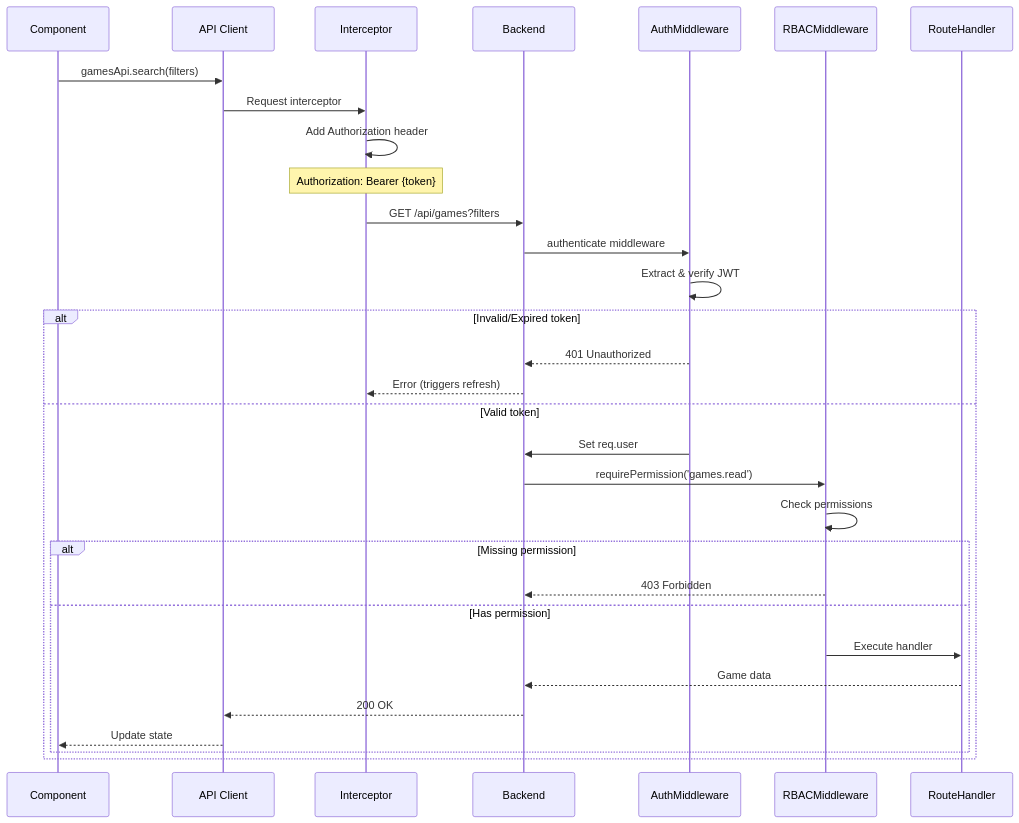
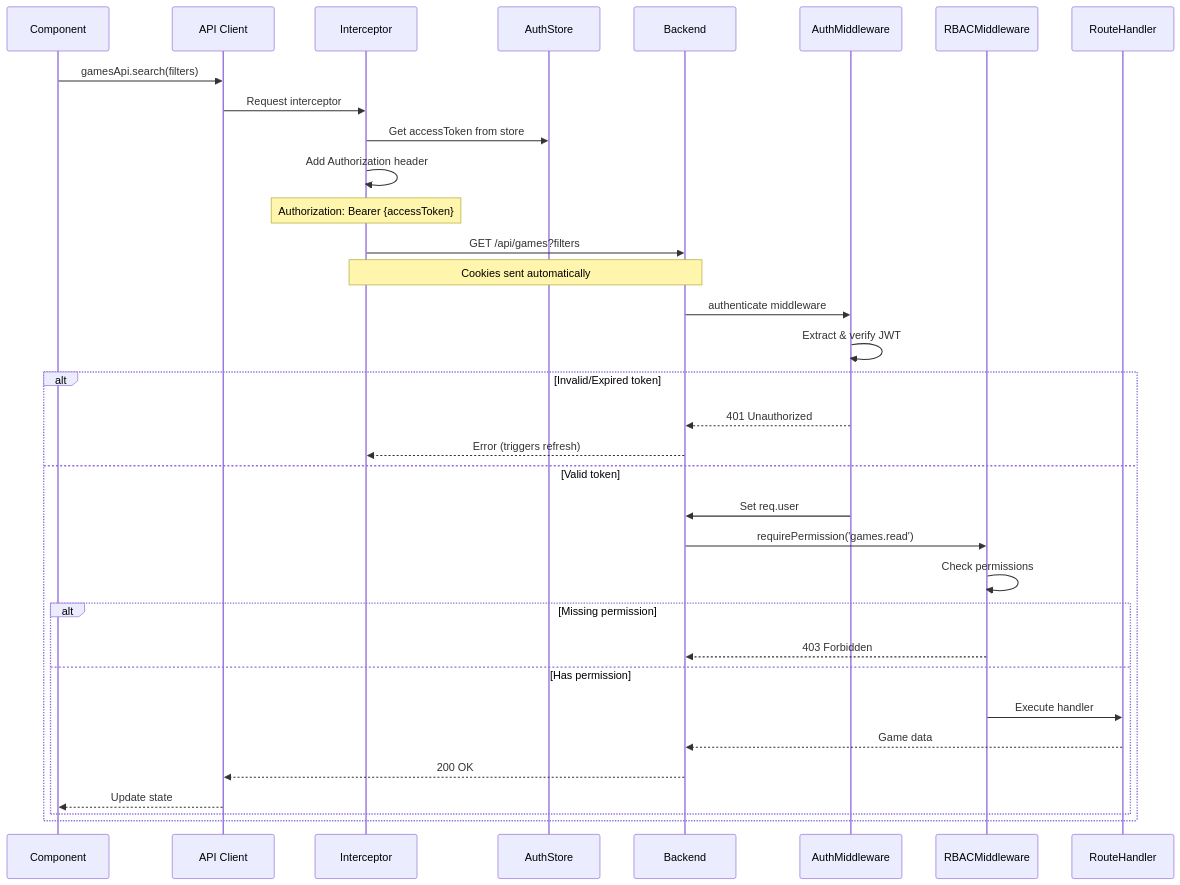
Before and after one commit to darkraise/flashpoint-web: the fourth of 7 diagrams in docs/02-architecture/authentication-flow.md, drawn with Mermaid. The commit also changed other lines of this file and 252 other files, not shown here.

````diff
--- a/docs/02-architecture/authentication-flow.md
+++ b/docs/02-architecture/authentication-flow.md
@@ -181,38 +183,42 @@
 ```mermaid
 sequenceDiagram
     participant Component
     participant API Client
     participant Interceptor
+    participant AuthStore
     participant Backend
     participant AuthMiddleware
     participant RBACMiddleware
     participant RouteHandler
 
     Component->>API Client: gamesApi.search(filters)
 
     API Client->>Interceptor: Request interceptor
+    Interceptor->>AuthStore: Get accessToken from store
     Interceptor->>Interceptor: Add Authorization header
-    Note over Interceptor: Authorization: Bearer {token}
+    Note over Interceptor: Authorization: Bearer {accessToken}
 
     Interceptor->>Backend: GET /api/games?filters
+    Note over Interceptor,Backend: Cookies sent automatically
+
     Backend->>AuthMiddleware: authenticate middleware
 
     AuthMiddleware->>AuthMiddleware: Extract & verify JWT
     alt Invalid/Expired token
         AuthMiddleware-->>Backend: 401 Unauthorized
         Backend-->>Interceptor: Error (triggers refresh)
     else Valid token
         AuthMiddleware->>Backend: Set req.user
         Backend->>RBACMiddleware: requirePermission('games.read')
         RBACMiddleware->>RBACMiddleware: Check permissions
 
         alt Missing permission
             RBACMiddleware-->>Backend: 403 Forbidden
         else Has permission
             RBACMiddleware->>RouteHandler: Execute handler
             RouteHandler-->>Backend: Game data
             Backend-->>API Client: 200 OK
             API Client-->>Component: Update state
         end
     end
 ```
````
